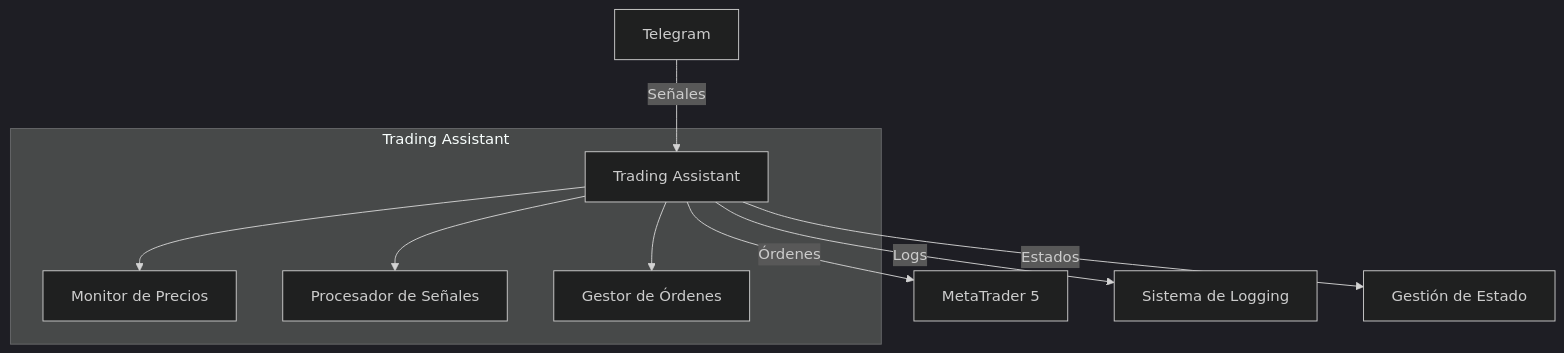
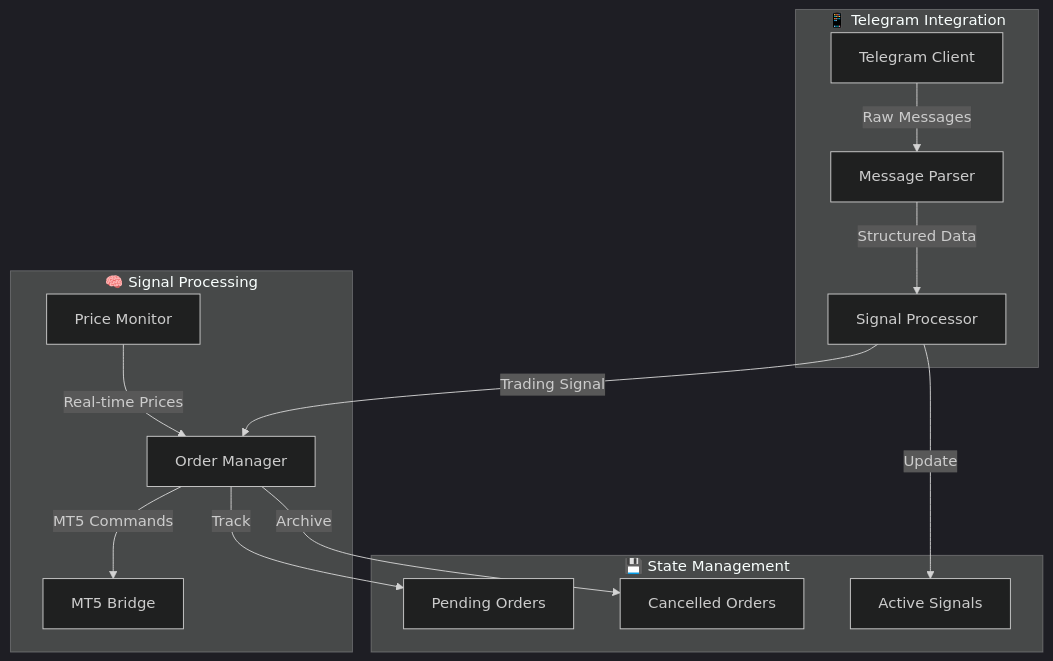
Before and after one commit to Franx245/Signals-Assistense: the first of 4 diagrams in README.md, drawn with Mermaid (dark theme). The commit also changed other lines of this file, not shown here.

````diff
--- a/README.md
+++ b/README.md
@@ -9,13 +12,23 @@
 ```mermaid
 graph TD
-    A[Telegram] -->|Señales| B[Trading Assistant]
-    B -->|Órdenes| C[MetaTrader 5]
-    B -->|Logs| D[Sistema de Logging]
-    B -->|Estados| E[Gestión de Estado]
+    subgraph "📱 Telegram Integration"
+        A[Telegram Client] -->|Raw Messages| B[Message Parser]
+        B -->|Structured Data| C[Signal Processor]
+    end
     
-    subgraph Trading Assistant
-        B --> F[Monitor de Precios]
-        B --> G[Procesador de Señales]
-        B --> H[Gestor de Órdenes]
+    subgraph "🧠 Signal Processing"
+        C -->|Trading Signal| D[Order Manager]
+        D -->|MT5 Commands| E[MT5 Bridge]
+        F[Price Monitor] -->|Real-time Prices| D
     end
+    
+    subgraph "💾 State Management"
+        G[Active Signals]
+        H[Pending Orders]
+        I[Cancelled Orders]
+    end
+    
+    C -->|Update| G
+    D -->|Track| H
+    D -->|Archive| I
 ```
````
